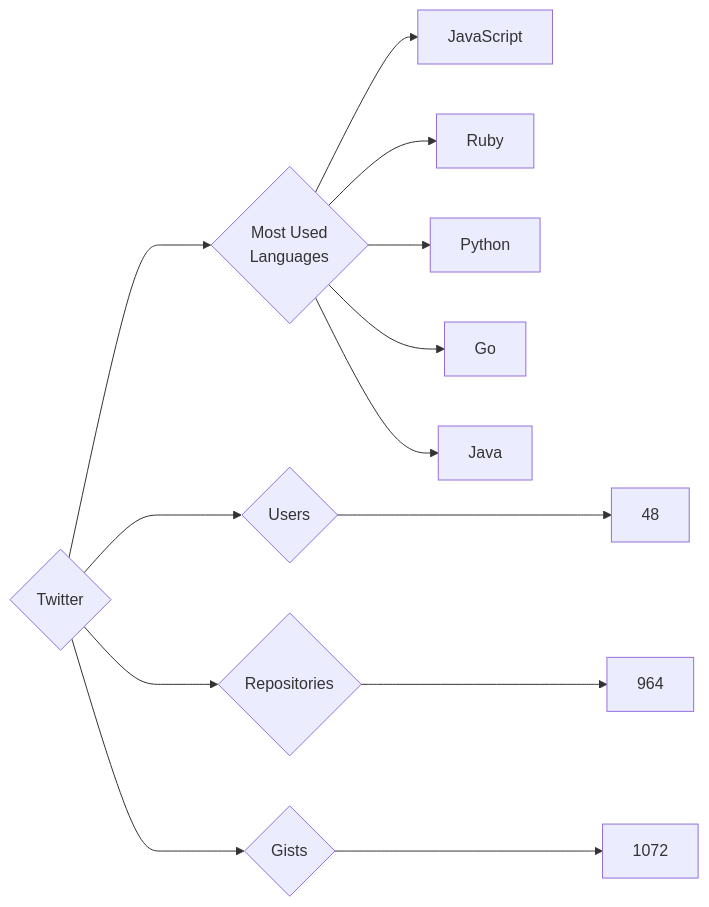
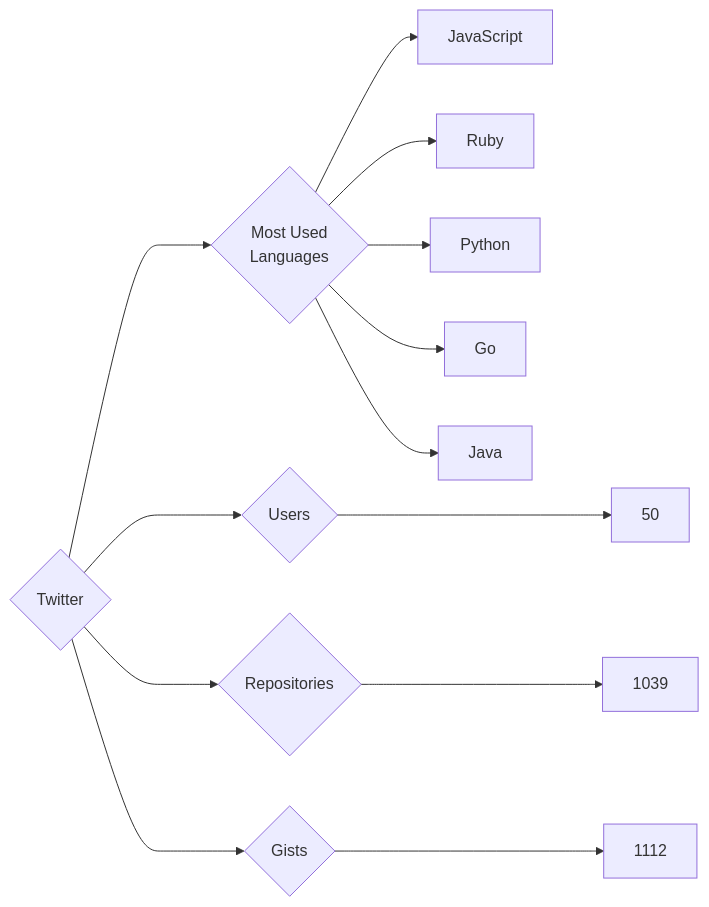
The diagram in targets/Twitter/README.md (trickest/insiders), drawn with Mermaid before and after one commit. The commit also changed 973 other files, not shown here.

````diff
--- a/targets/Twitter/README.md
+++ b/targets/Twitter/README.md
@@ -3,13 +3,13 @@
 ```mermaid
 graph LR
 COMPANY_NAME{Twitter}
-COMPANY_NAME ---> U{Users} ---> UN[48]
-COMPANY_NAME ---> R{Repositories} ---> RN[964]
-COMPANY_NAME ---> G{Gists} ---> GN[1072]
+COMPANY_NAME ---> U{Users} ---> UN[50]
+COMPANY_NAME ---> R{Repositories} ---> RN[1039]
+COMPANY_NAME ---> G{Gists} ---> GN[1112]
 COMPANY_NAME ---> ML{Most Used<br>Languages}
 ML --> JavaScript[JavaScript]
 ML --> Ruby[Ruby]
 ML --> Python[Python]
 ML --> Go[Go]
 ML --> Java[Java]
 ```
````
